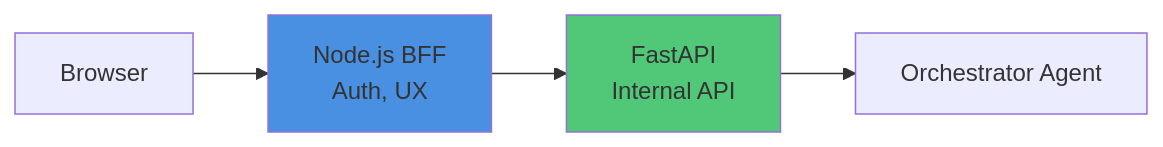
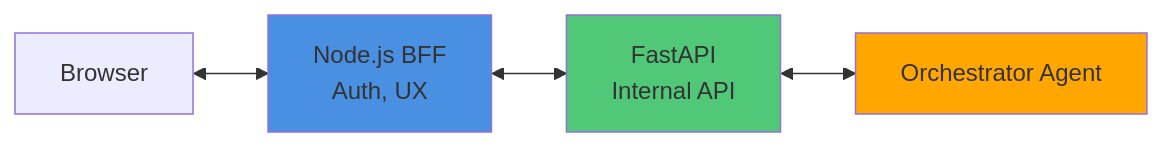
The first of 17 diagrams in docs/ARCHITECTURE.md (sandinosaso/advanced-ai-agent), drawn with Mermaid before and after one commit. The commit also changed other lines of this file and 1 other file, not shown here.

Commit message:
Update more docs with latest architecture and the OpenApi docs as well with more examples

````diff
--- a/docs/ARCHITECTURE.md
+++ b/docs/ARCHITECTURE.md
@@ -16,9 +16,10 @@
 ```mermaid
 graph LR
-    Browser[Browser] --> NodeJS[Node.js BFF<br/>Auth, UX]
-    NodeJS --> FastAPI[FastAPI<br/>Internal API]
-    FastAPI --> Orchestrator[Orchestrator Agent]
+    Browser[Browser] <--> NodeJS[Node.js BFF<br/>Auth, UX]
+    NodeJS <--> FastAPI[FastAPI<br/>Internal API]
+    FastAPI <--> Orchestrator[Orchestrator Agent]
     
     style NodeJS fill:#4A90E2
     style FastAPI fill:#50C878
+    style Orchestrator fill:#FFA700
 ```
````
